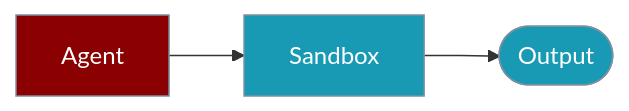
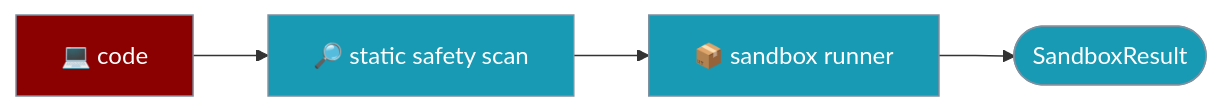
One commit to MervinPraison/PraisonAIDocs changed the diagram in docs/js/sandbox.mdx. Above: the diagram before and after it, drawn with Mermaid. The commit also changed other lines of this file and 9 other files, not shown here.

````diff
--- a/docs/js/sandbox.mdx
+++ b/docs/js/sandbox.mdx
@@ -10,13 +10,13 @@
 ```mermaid
 graph LR
-    Agent[Agent] --> Resource[Sandbox]
-    Resource --> Output([Output])
+    C[💻 code] --> S[🔎 static safety scan]
+    S --> R[📦 sandbox runner]
+    R --> O([SandboxResult])
 
-    classDef agent fill:#8B0000,stroke:#7C90A0,color:#fff
-    classDef tool fill:#189AB4,stroke:#7C90A0,color:#fff
+    classDef in fill:#8B0000,stroke:#7C90A0,color:#fff
+    classDef step fill:#189AB4,stroke:#7C90A0,color:#fff
 
-    class Agent agent
-    class Resource,Output tool
-    classDef agent fill:#8B0000,color:#fff
-    classDef tool fill:#189AB4,color:#fff
+    class C in
+    class S,R step
+    class O step
 ```
````
